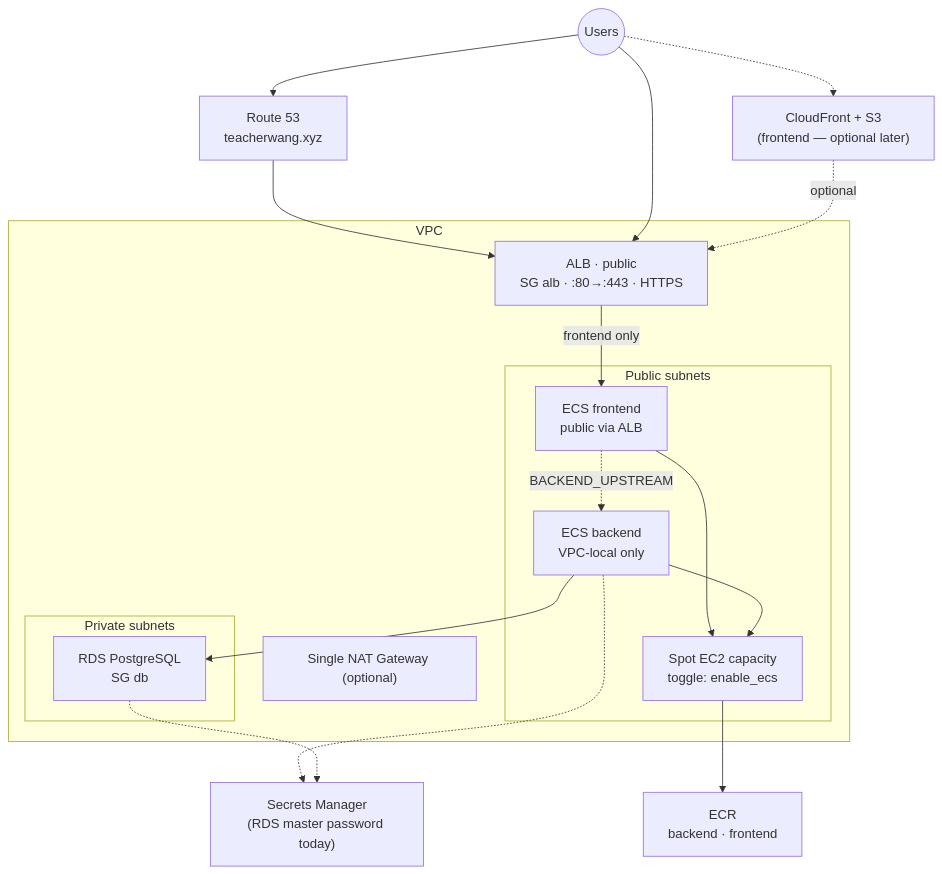
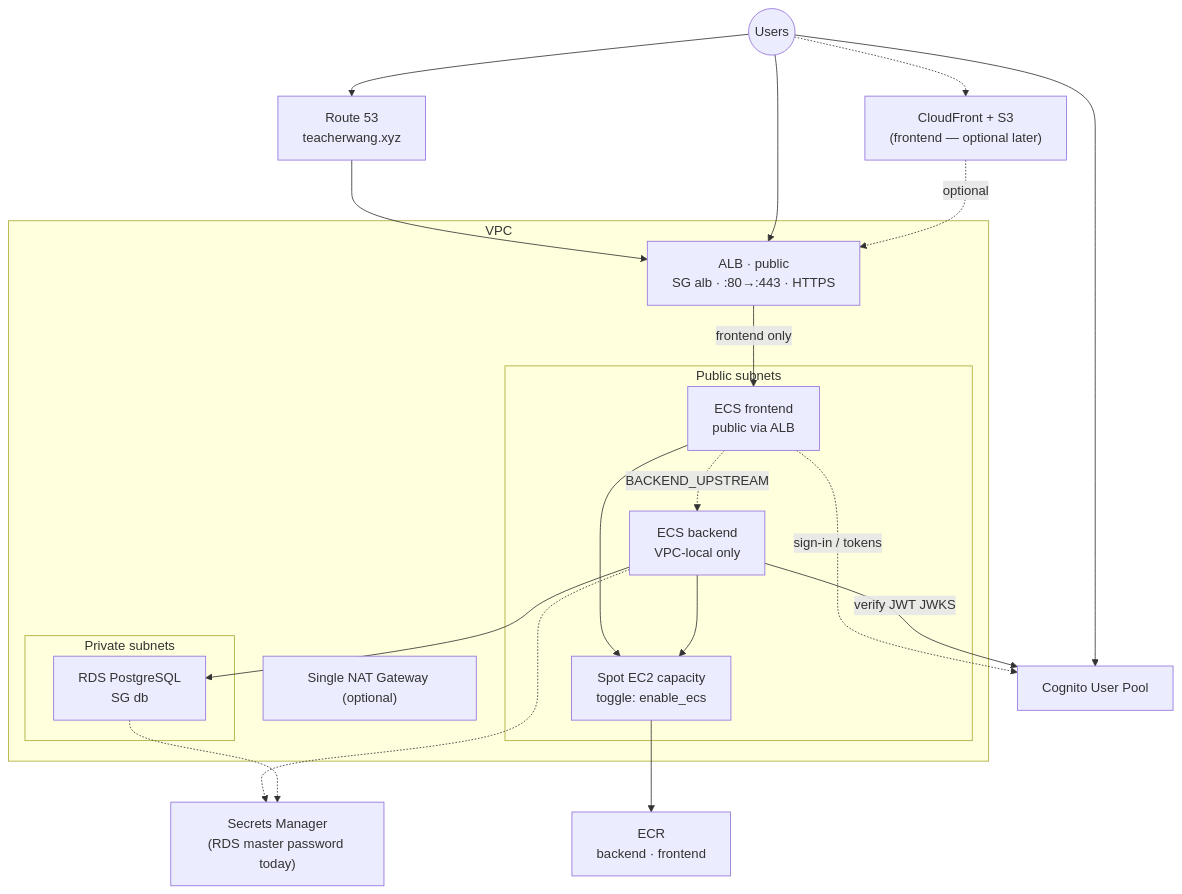
One commit to mazarsju/teacher-wang-infra changed the fifth of 6 diagrams in docs/architecture.md. Above: the diagram before and after it, drawn with Mermaid. The commit also changed other lines of this file and 11 other files, not shown here.

````diff
--- a/docs/architecture.md
+++ b/docs/architecture.md
@@ -174,41 +187,45 @@
 ```mermaid
 flowchart TB
   Users((Users))
 
   CF["CloudFront + S3<br/>(frontend — optional later)"]
   R53["Route 53<br/>teacherwang.xyz"]
 
   Users --> R53
   R53 --> ALB
   Users --> ALB
   Users -.-> CF
 
   subgraph VPC["VPC"]
     ALB["ALB · public<br/>SG alb · :80→:443 · HTTPS"]
 
     subgraph Public["Public subnets"]
       FE["ECS frontend<br/>public via ALB"]
       BE["ECS backend<br/>VPC-local only"]
       ECS["Spot EC2 capacity<br/>toggle: enable_ecs"]
     end
 
     subgraph Private["Private subnets"]
       RDS["RDS PostgreSQL<br/>SG db"]
     end
 
     NAT["Single NAT Gateway (optional)"]
   end
 
   ECR["ECR<br/>backend · frontend"]
+  Cognito["Cognito User Pool"]
   SM["Secrets Manager<br/>(RDS master password today)"]
 
+  Users --> Cognito
+  FE -.->|sign-in / tokens| Cognito
   ALB -->|frontend only| FE
   FE -.->|BACKEND_UPSTREAM| BE
+  BE -->|verify JWT JWKS| Cognito
   BE --> RDS
   FE --> ECS
   BE --> ECS
   ECS --> ECR
   BE -.-> SM
   RDS -.-> SM
   CF -.->|optional| ALB
 ```
````
